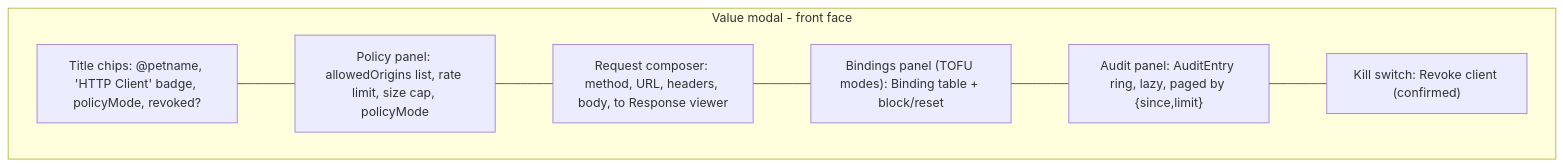
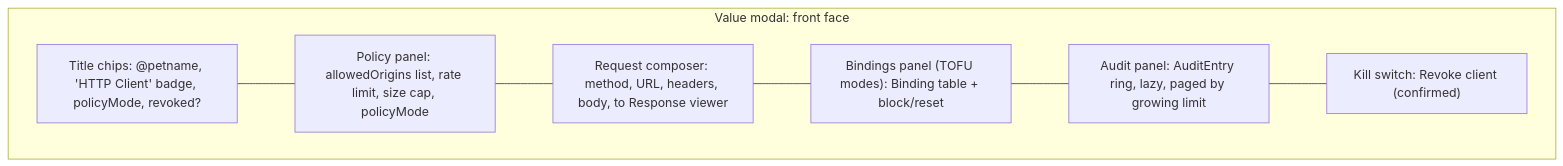
One commit to endojs/endo-but-for-bots changed the second of 2 diagrams in designs/chat-http-controller-ui.md. Above: the diagram before and after it, drawn with Mermaid. The commit also changed other lines of this file and 1 other file, not shown here.

````diff
--- a/designs/chat-http-controller-ui.md
+++ b/designs/chat-http-controller-ui.md
@@ -253,12 +354,12 @@
 ```mermaid
 flowchart TD
-  subgraph Modal["Value modal - front face"]
+  subgraph Modal["Value modal: front face"]
     H["Title chips: @petname, 'HTTP Client' badge, policyMode, revoked?"]
     P["Policy panel: allowedOrigins list, rate limit, size cap, policyMode"]
     RC["Request composer: method, URL, headers, body, to Response viewer"]
     B["Bindings panel (TOFU modes): Binding table + block/reset"]
-    A["Audit panel: AuditEntry ring, lazy, paged by {since,limit}"]
+    A["Audit panel: AuditEntry ring, lazy, paged by growing limit"]
     K["Kill switch: Revoke client (confirmed)"]
   end
   H --- P --- RC --- B --- A --- K
 ```
````
